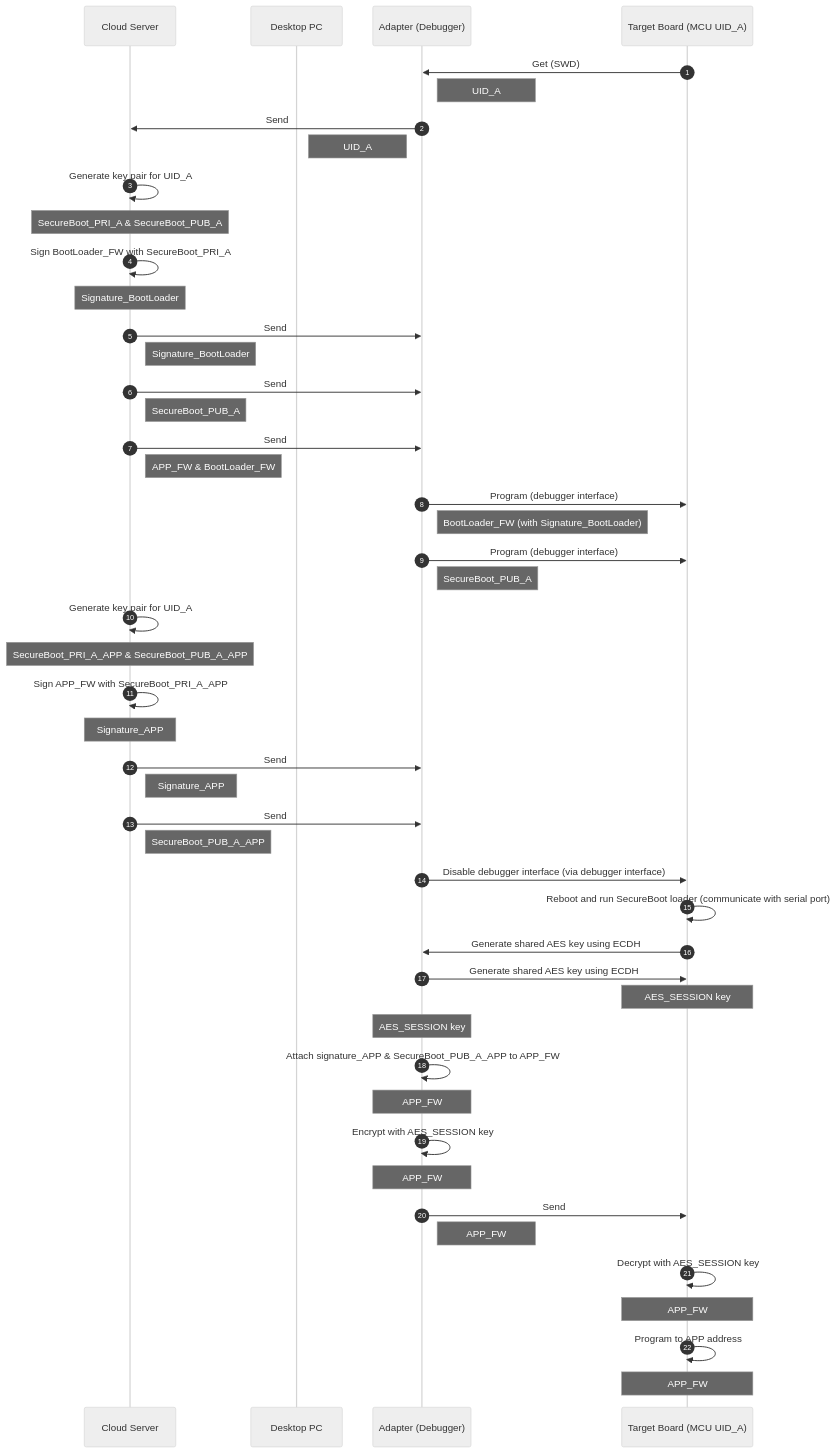
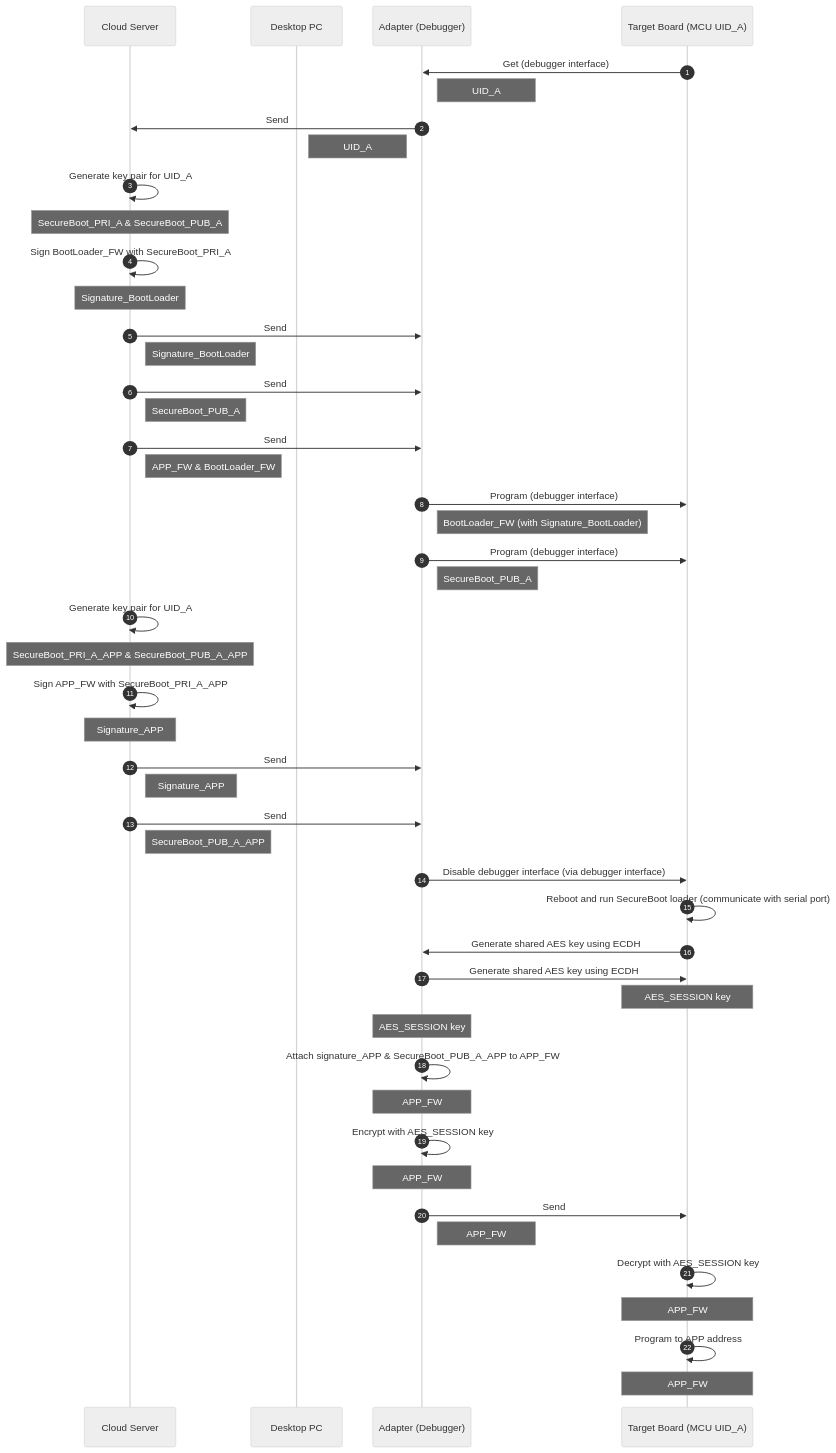
One commit to ccma1120/NuSEC_System changed the diagram in firmware_attestation.md. Above: the diagram before and after it, drawn with Mermaid (neutral theme).

````diff
--- a/firmware_attestation.md
+++ b/firmware_attestation.md
@@ -1,53 +1,53 @@
 ```mermaid
 sequenceDiagram
     autonumber
     participant c as Cloud Server
     participant d as Desktop PC
     participant a as Adapter (Debugger)
     participant t as Target Board (MCU UID_A)
-    t ->> a : Get (SWD)
+    t ->> a : Get (debugger interface)
     Note right of a: UID_A
     a ->> c : Send
     Note left of a: UID_A
     c ->> c : Generate key pair for UID_A
     Note over c : SecureBoot_PRI_A & SecureBoot_PUB_A
     c ->> c : Sign BootLoader_FW with SecureBoot_PRI_A
     Note over c : Signature_BootLoader
     c ->> a : Send
     Note right of c : Signature_BootLoader
     c ->> a : Send
     Note right of c : SecureBoot_PUB_A
     c ->> a : Send
     Note right of c : APP_FW & BootLoader_FW
     a ->> t : Program (debugger interface)
     Note right of a : BootLoader_FW (with Signature_BootLoader)
     a ->> t : Program (debugger interface)
     Note right of a : SecureBoot_PUB_A
     c ->> c : Generate key pair for UID_A
     Note over c : SecureBoot_PRI_A_APP & SecureBoot_PUB_A_APP
     c ->> c : Sign APP_FW with SecureBoot_PRI_A_APP
     Note over c : Signature_APP
     c ->> a : Send
     Note right of c : Signature_APP
     c ->> a : Send
     Note right of c : SecureBoot_PUB_A_APP
     a ->> t : Disable debugger interface (via debugger interface)
     t ->> t : Reboot and run SecureBoot loader (communicate with serial port)
     
     %% ECDH
     t ->> a: Generate shared AES key using ECDH
     a ->> t: Generate shared AES key using ECDH
     Note over t: AES_SESSION key
     Note over a: AES_SESSION key
 
     a ->> a: Attach signature_APP & SecureBoot_PUB_A_APP to APP_FW
     Note over a: APP_FW
     a ->> a: Encrypt with AES_SESSION key
     Note over a: APP_FW
     a ->> t: Send
     Note right of a: APP_FW
     t ->> t: Decrypt with AES_SESSION key
     Note over t: APP_FW
     t ->> t: Program to APP address
     Note over t: APP_FW
 ```
````
